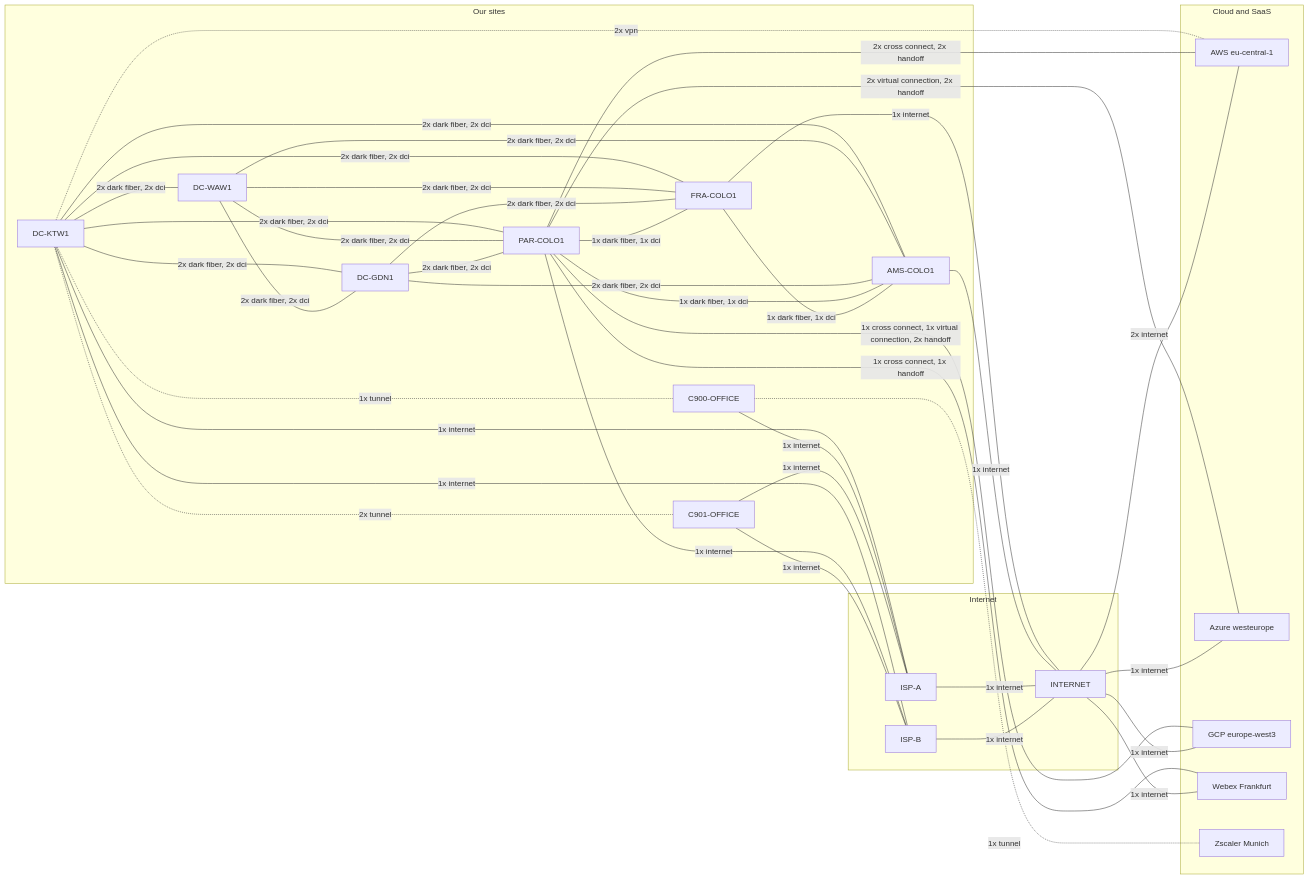
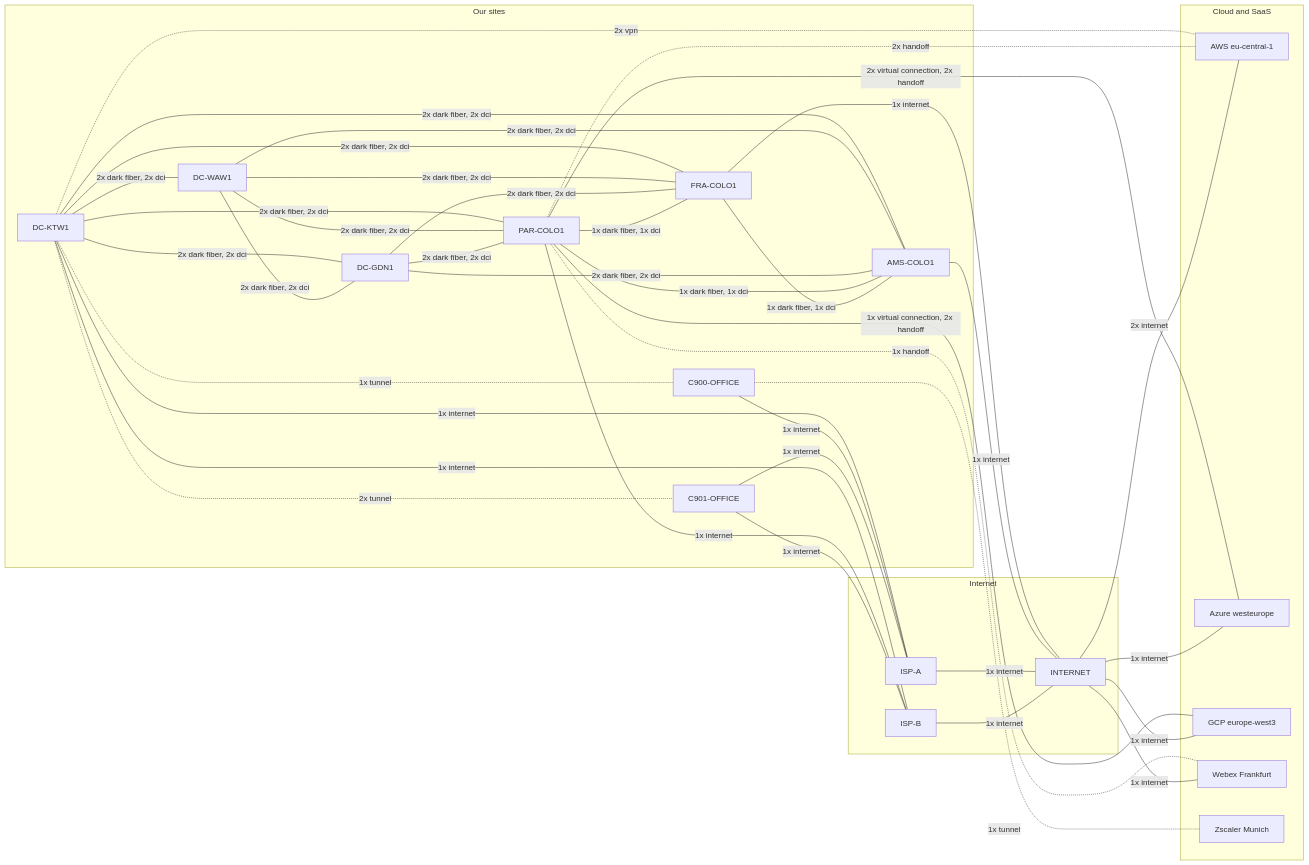
The first of 4 diagrams in data/demos/00_full_topology/README.md (t0m3kz/infrahub-demo), drawn with Mermaid before and after one commit. The commit also changed other lines of this file and 15 other files, not shown here.

Commit message:
feat(schema): cloud and SaaS physical ports are the provider's own, cabled in the cage

````diff
--- a/data/demos/00_full_topology/README.md
+++ b/data/demos/00_full_topology/README.md
@@ -81,62 +81,62 @@
 ```mermaid
 flowchart LR
   subgraph SITES["Our sites"]
     DC_KTW1["DC-KTW1"]
     DC_WAW1["DC-WAW1"]
     DC_GDN1["DC-GDN1"]
     PAR_COLO1["PAR-COLO1"]
     FRA_COLO1["FRA-COLO1"]
     AMS_COLO1["AMS-COLO1"]
     C900_OFFICE["C900-OFFICE"]
     C901_OFFICE["C901-OFFICE"]
   end
   subgraph NET["Internet"]
     ISP_A["ISP-A"]
     ISP_B["ISP-B"]
     INTERNET["INTERNET"]
   end
   subgraph CLOUD["Cloud and SaaS"]
     eu_central_1["AWS eu-central-1"]
     westeurope["Azure westeurope"]
     europe_west3["GCP europe-west3"]
     WEBEX_FRANKFURT["Webex Frankfurt"]
     ZSCALER_MUNICH_I["Zscaler Munich"]
   end
   DC_KTW1 ---|"2x dark fiber, 2x dci"| DC_WAW1
   DC_KTW1 ---|"2x dark fiber, 2x dci"| DC_GDN1
   DC_KTW1 ---|"2x dark fiber, 2x dci"| PAR_COLO1
   DC_KTW1 ---|"2x dark fiber, 2x dci"| FRA_COLO1
   DC_KTW1 ---|"2x dark fiber, 2x dci"| AMS_COLO1
   DC_KTW1 -.-|"1x tunnel"| C900_OFFICE
   DC_KTW1 -.-|"2x tunnel"| C901_OFFICE
   DC_KTW1 ---|"1x internet"| ISP_A
   DC_KTW1 ---|"1x internet"| ISP_B
   DC_KTW1 -.-|"2x vpn"| eu_central_1
   DC_WAW1 ---|"2x dark fiber, 2x dci"| DC_GDN1
   DC_WAW1 ---|"2x dark fiber, 2x dci"| PAR_COLO1
   DC_WAW1 ---|"2x dark fiber, 2x dci"| FRA_COLO1
   DC_WAW1 ---|"2x dark fiber, 2x dci"| AMS_COLO1
   DC_GDN1 ---|"2x dark fiber, 2x dci"| PAR_COLO1
   DC_GDN1 ---|"2x dark fiber, 2x dci"| FRA_COLO1
   DC_GDN1 ---|"2x dark fiber, 2x dci"| AMS_COLO1
   PAR_COLO1 ---|"1x dark fiber, 1x dci"| FRA_COLO1
   PAR_COLO1 ---|"1x dark fiber, 1x dci"| AMS_COLO1
   PAR_COLO1 ---|"1x internet"| ISP_B
-  PAR_COLO1 ---|"2x cross connect, 2x handoff"| eu_central_1
+  PAR_COLO1 -.-|"2x handoff"| eu_central_1
   PAR_COLO1 ---|"2x virtual connection, 2x handoff"| westeurope
-  PAR_COLO1 ---|"1x cross connect, 1x virtual connection, 2x handoff"| europe_west3
-  PAR_COLO1 ---|"1x cross connect, 1x handoff"| WEBEX_FRANKFURT
+  PAR_COLO1 ---|"1x virtual connection, 2x handoff"| europe_west3
+  PAR_COLO1 -.-|"1x handoff"| WEBEX_FRANKFURT
   FRA_COLO1 ---|"1x dark fiber, 1x dci"| AMS_COLO1
   FRA_COLO1 ---|"1x internet"| INTERNET
   AMS_COLO1 ---|"1x internet"| INTERNET
   C900_OFFICE ---|"1x internet"| ISP_A
   C900_OFFICE -.-|"1x tunnel"| ZSCALER_MUNICH_I
   C901_OFFICE ---|"1x internet"| ISP_A
   C901_OFFICE ---|"1x internet"| ISP_B
   ISP_A ---|"1x internet"| INTERNET
   ISP_B ---|"1x internet"| INTERNET
   INTERNET ---|"2x internet"| eu_central_1
   INTERNET ---|"1x internet"| westeurope
   INTERNET ---|"1x internet"| europe_west3
   INTERNET ---|"1x internet"| WEBEX_FRANKFURT
 ```
````
